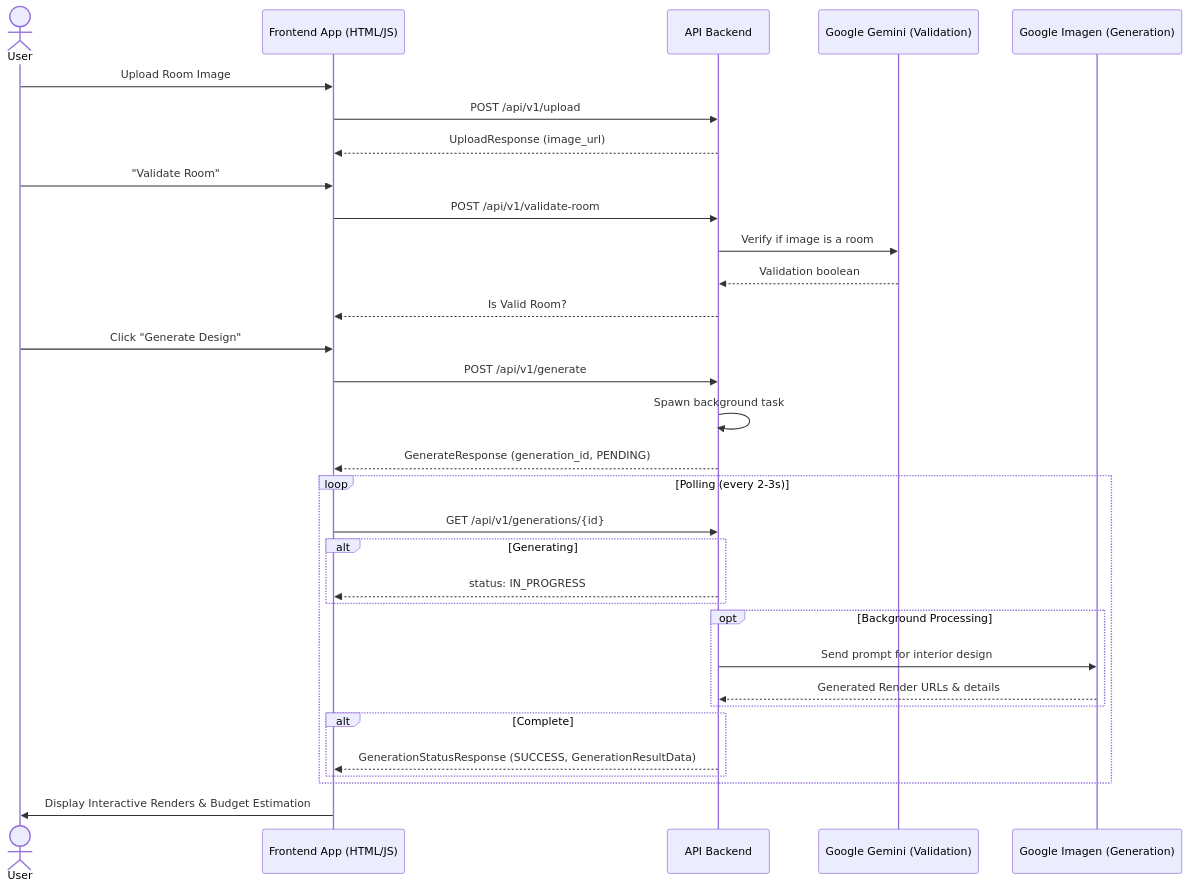
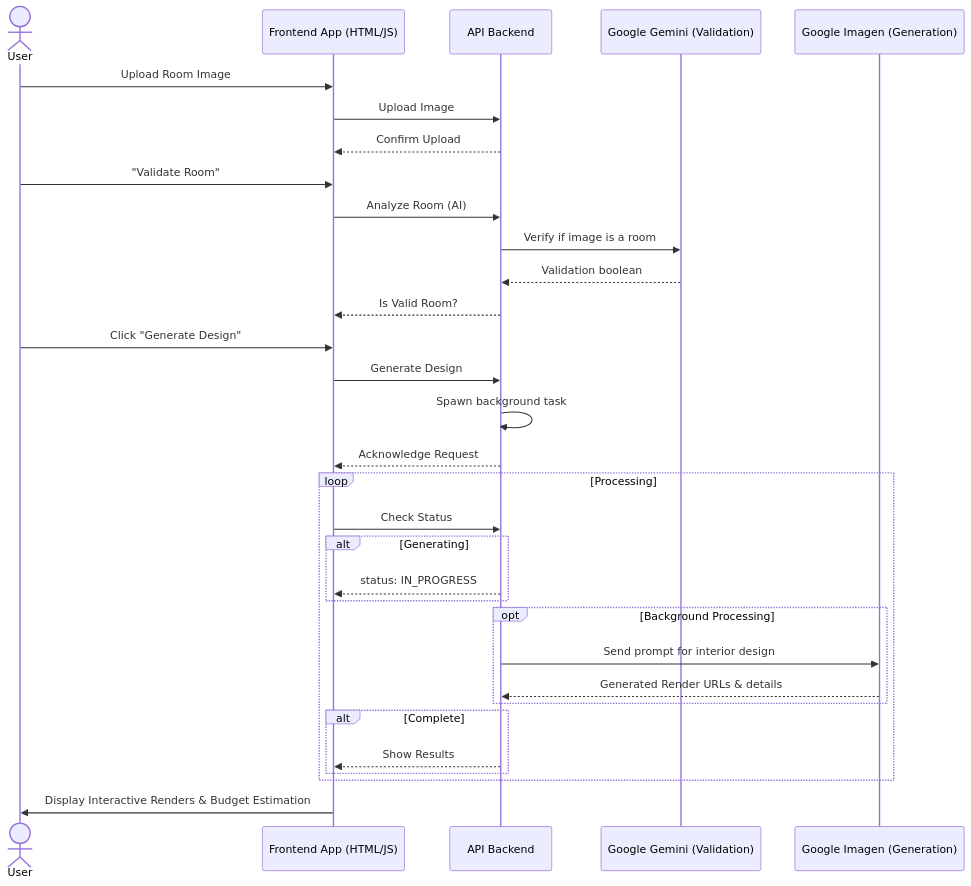
Before and after one commit to nuhita-netizen/room-organizer: the second of 3 diagrams in UML_DIAGRAMS.md, drawn with Mermaid. The commit also changed 1 other file, not shown here.

Commit message:
docs: add future development scope to README

````diff
--- a/UML_DIAGRAMS.md
+++ b/UML_DIAGRAMS.md
@@ -25,38 +25,38 @@
 ```mermaid
 sequenceDiagram
     actor User
     participant Frontend as Frontend App (HTML/JS)
     participant FastAPI as API Backend
     participant Gemini as Google Gemini (Validation)
     participant Imagen as Google Imagen (Generation)
 
     User->>Frontend: Upload Room Image
-    Frontend->>FastAPI: POST /api/v1/upload
-    FastAPI-->>Frontend: UploadResponse (image_url)
+    Frontend->>FastAPI: Upload Image
+    FastAPI-->>Frontend: Confirm Upload
 
     User->>Frontend: "Validate Room"
-    Frontend->>FastAPI: POST /api/v1/validate-room
+    Frontend->>FastAPI: Analyze Room (AI)
     FastAPI->>Gemini: Verify if image is a room
     Gemini-->>FastAPI: Validation boolean
     FastAPI-->>Frontend: Is Valid Room?
 
     User->>Frontend: Click "Generate Design"
-    Frontend->>FastAPI: POST /api/v1/generate
+    Frontend->>FastAPI: Generate Design
     FastAPI->>FastAPI: Spawn background task
-    FastAPI-->>Frontend: GenerateResponse (generation_id, PENDING)
+    FastAPI-->>Frontend: Acknowledge Request
 
-    loop Polling (every 2-3s)
-        Frontend->>FastAPI: GET /api/v1/generations/{id}
+    loop Processing
+        Frontend->>FastAPI: Check Status
         alt Generating
             FastAPI-->>Frontend: status: IN_PROGRESS
         end
         opt Background Processing
             FastAPI->>Imagen: Send prompt for interior design
             Imagen-->>FastAPI: Generated Render URLs & details
         end
         alt Complete
-            FastAPI-->>Frontend: GenerationStatusResponse (SUCCESS, GenerationResultData)
+            FastAPI-->>Frontend: Show Results
         end
     end
     Frontend->>User: Display Interactive Renders & Budget Estimation
 ```
````
